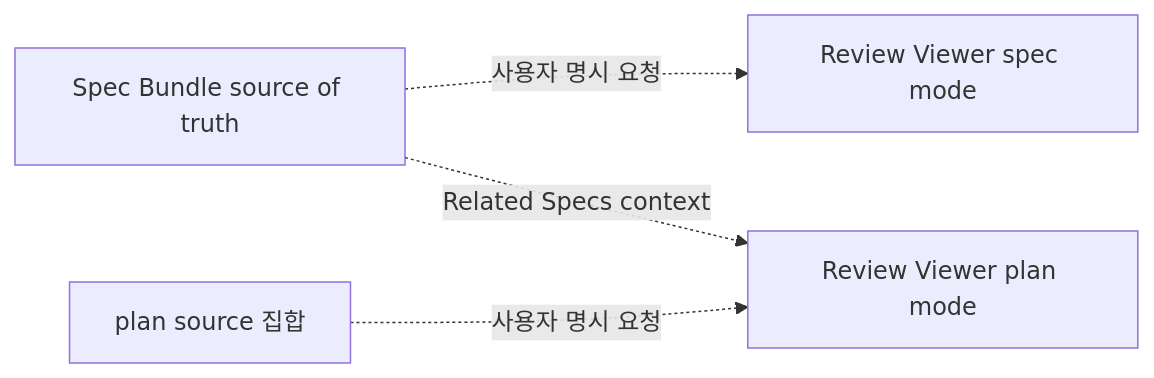
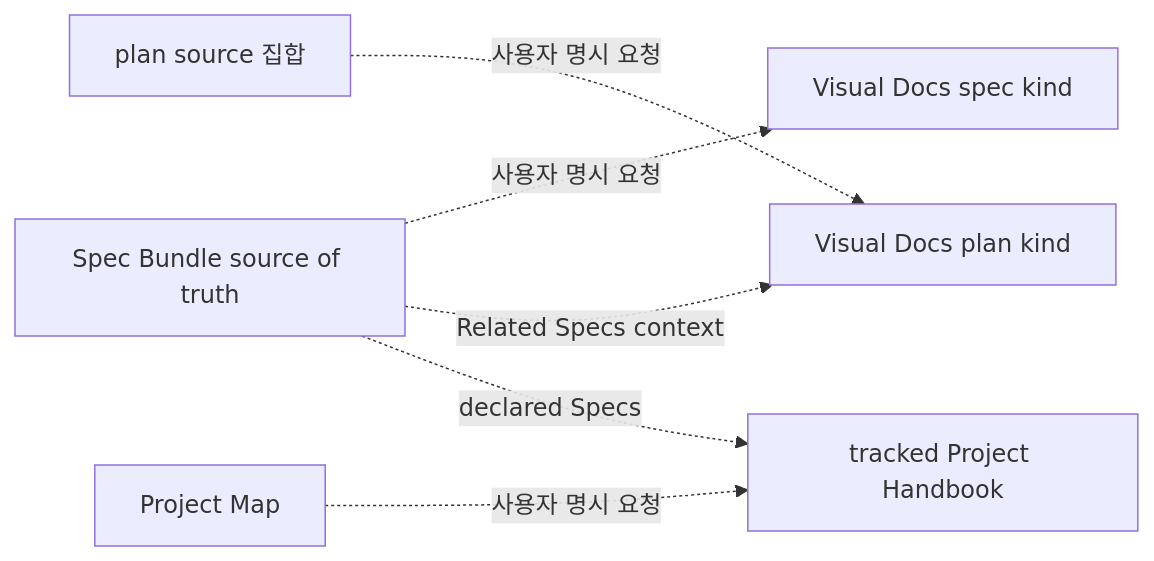
The second of 3 diagrams in docs/specs/semantic-spec-bundles/semantic-spec-bundle-contract.md (hope1026/aiagent-plugins), drawn with Mermaid before and after one commit. The commit also changed other lines of this file and 103 other files, not shown here.

Commit message:
feat(forge): replace review viewer with visual docs

````diff
--- a/docs/specs/semantic-spec-bundles/semantic-spec-bundle-contract.md
+++ b/docs/specs/semantic-spec-bundles/semantic-spec-bundle-contract.md
@@ -52,6 +52,8 @@
 ```mermaid
 flowchart LR
-    S["Spec Bundle source of truth"] -. 사용자 명시 요청 .-> R["Review Viewer spec mode"]
-    L["plan source 집합"] -. 사용자 명시 요청 .-> V["Review Viewer plan mode"]
+    S["Spec Bundle source of truth"] -. 사용자 명시 요청 .-> R["Visual Docs spec kind"]
+    L["plan source 집합"] -. 사용자 명시 요청 .-> V["Visual Docs plan kind"]
     S -. Related Specs context .-> V
+    M["Project Map"] -. 사용자 명시 요청 .-> H["tracked Project Handbook"]
+    S -. declared Specs .-> H
 ```
````
